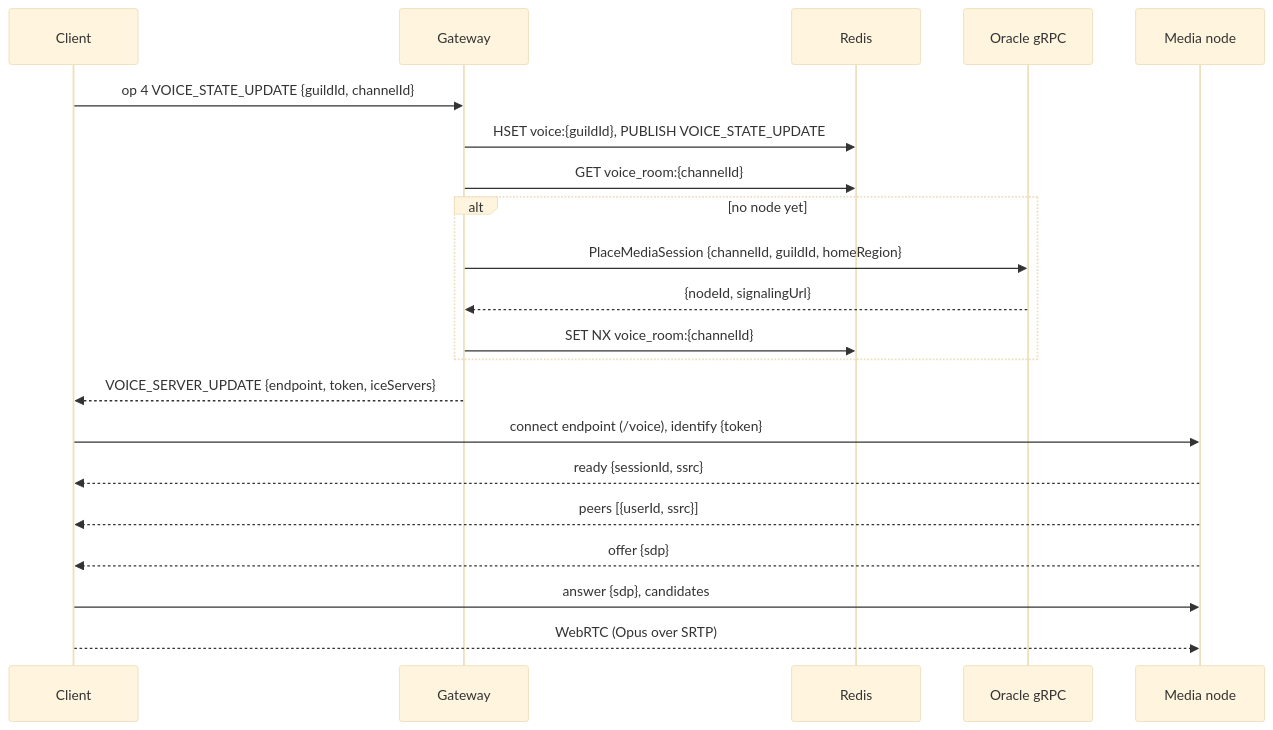
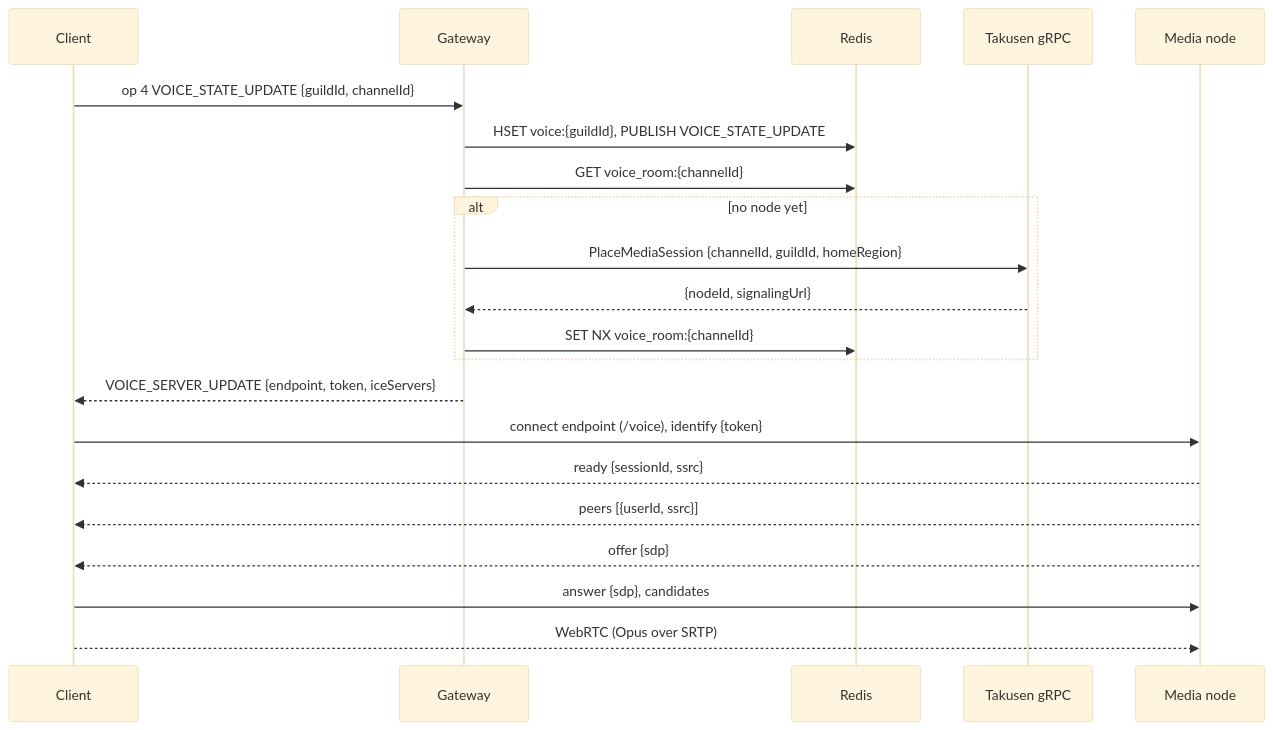
One commit to dan-hummelstad/hachiman changed the third of 4 diagrams in README.md. Above: the diagram before and after it, drawn with Mermaid (base theme). The commit also changed other lines of this file and 337 other files, not shown here.

````diff
--- a/README.md
+++ b/README.md
@@ -87,24 +87,24 @@
 ```mermaid
 sequenceDiagram
   participant C as Client
   participant G as Gateway
   participant R as Redis
-  participant OG as Oracle gRPC
+  participant OG as Takusen gRPC
   participant M as Media node
 
   C->>G: op 4 VOICE_STATE_UPDATE {guildId, channelId}
   G->>R: HSET voice:{guildId}, PUBLISH VOICE_STATE_UPDATE
   G->>R: GET voice_room:{channelId}
   alt no node yet
     G->>OG: PlaceMediaSession {channelId, guildId, homeRegion}
     OG-->>G: {nodeId, signalingUrl}
     G->>R: SET NX voice_room:{channelId}
   end
   G-->>C: VOICE_SERVER_UPDATE {endpoint, token, iceServers}
   C->>M: connect endpoint (/voice), identify {token}
   M-->>C: ready {sessionId, ssrc}
   M-->>C: peers [{userId, ssrc}]
   M-->>C: offer {sdp}
   C->>M: answer {sdp}, candidates
   C-->>M: WebRTC (Opus over SRTP)
 ```
````
